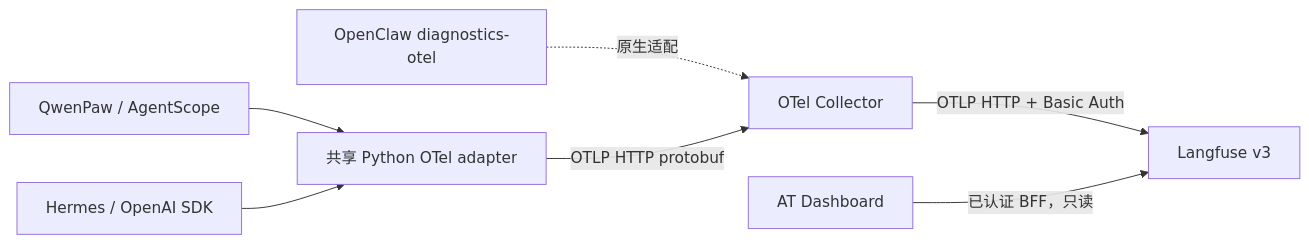
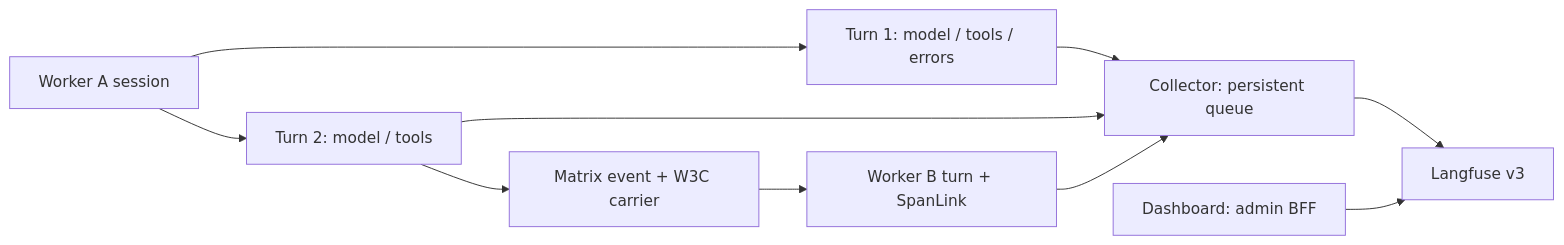
The diagram in docs/design/worker-otel-langfuse.md (agentscope-ai/AgentTeams), drawn with Mermaid before and after one commit. The commit also changed other lines of this file and 22 other files, not shown here.

````diff
--- a/docs/design/worker-otel-langfuse.md
+++ b/docs/design/worker-otel-langfuse.md
@@ -37,9 +27,12 @@
-```mermaid
+~~~mermaid
 flowchart LR
-  Q[QwenPaw / AgentScope] --> P[共享 Python OTel adapter]
-  H[Hermes / OpenAI SDK] --> P
-  O[OpenClaw diagnostics-otel] -. 原生适配 .-> C[OTel Collector]
-  P -->|OTLP HTTP protobuf| C
-  C -->|OTLP HTTP + Basic Auth| L[Langfuse v3]
-  D[AT Dashboard] -->|已认证 BFF，只读| L
-```
+  A[Worker A session] --> A1[Turn 1: model / tools / errors]
+  A --> A2[Turn 2: model / tools]
+  A2 --> M[Matrix event + W3C carrier]
+  M --> B[Worker B turn + SpanLink]
+  A1 --> C[Collector: persistent queue]
+  A2 --> C
+  B --> C
+  C --> L[Langfuse v3]
+  D[Dashboard: admin BFF] --> L
+~~~
````
